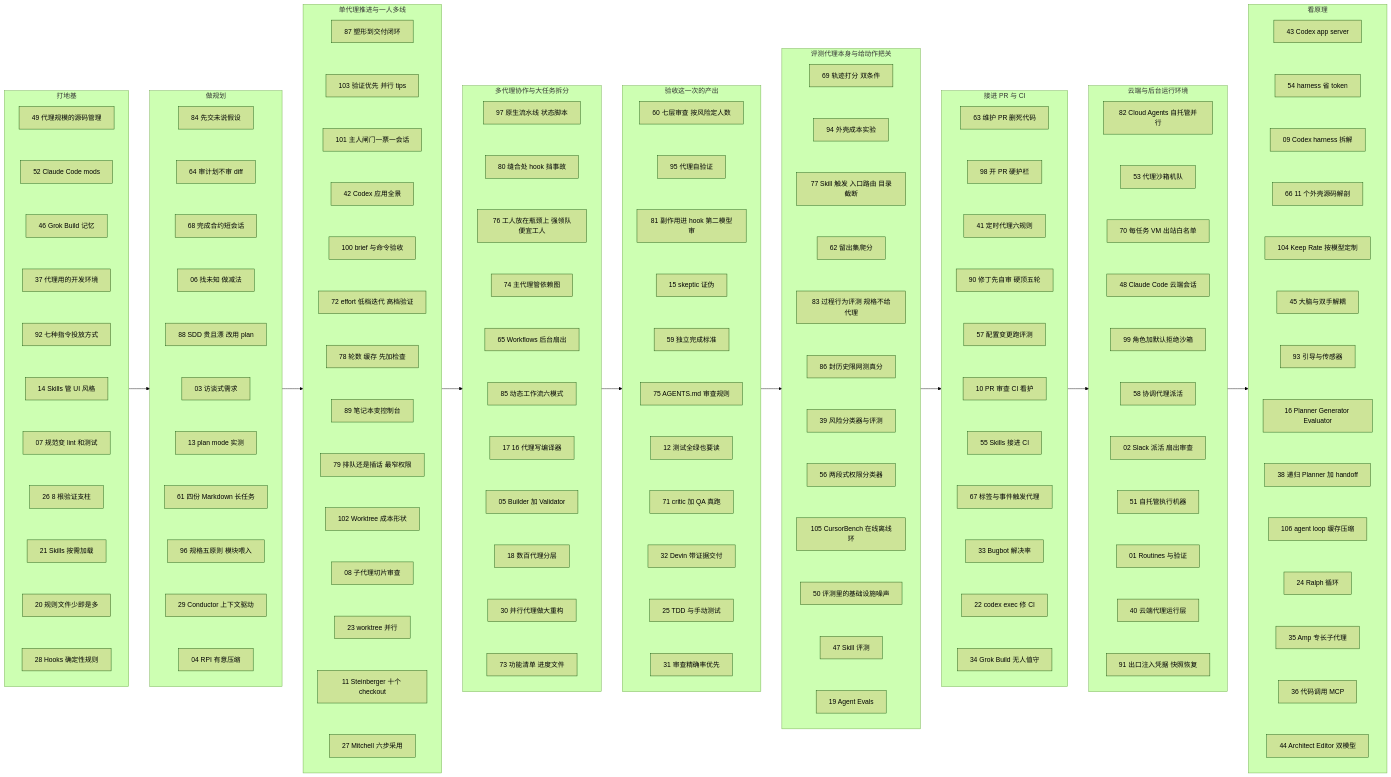
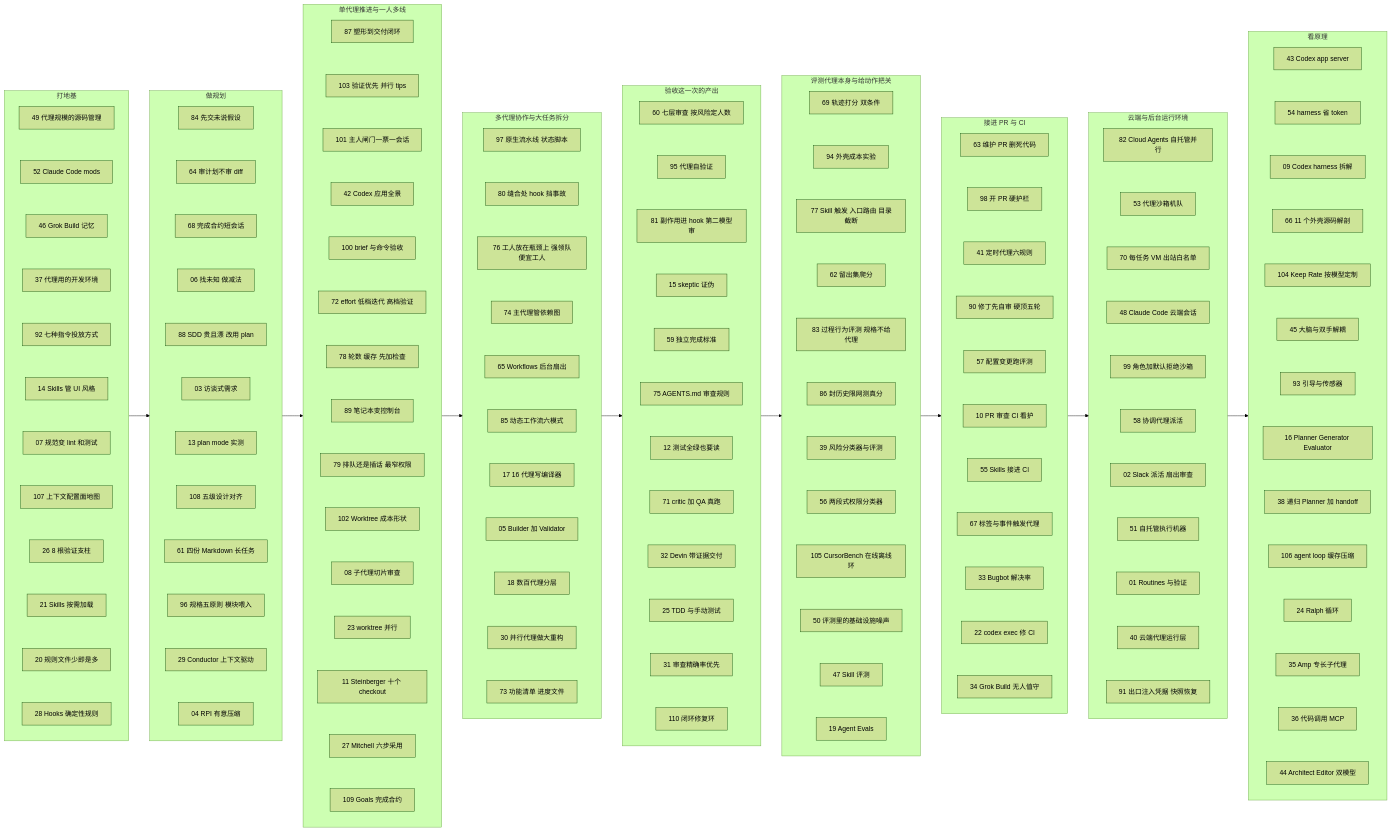
Before and after one commit to yzw7489757/ai-coding-videos: the diagram in docs/index.md, drawn with Mermaid (forest theme). The commit also changed other lines of this file and 17 other files, not shown here.

First line of the commit message:
第十九批收录 #107–#110：配置面地图、五级对齐、Goals、闭环修复环

```diff
--- a/docs/index.md
+++ b/docs/index.md
@@ -123,6 +123,7 @@
     A92["92 七种指令投放方式"]
     A14["14 Skills 管 UI 风格"]
     A07["07 规范变 lint 和测试"]
+    A107["107 上下文配置面地图"]
     A26["26 8 根验证支柱"]
     A21["21 Skills 按需加载"]
     A20["20 规则文件少即是多"]
@@ -133,7 +134,8 @@
     A37 ~~~ A92
     A92 ~~~ A14
     A14 ~~~ A07
-    A07 ~~~ A26
+    A07 ~~~ A107
+    A107 ~~~ A26
     A26 ~~~ A21
     A21 ~~~ A20
     A20 ~~~ A28
@@ -147,6 +149,7 @@
     A88["88 SDD 贵且漂 改用 plan"]
     A03["03 访谈式需求"]
     A13["13 plan mode 实测"]
+    A108["108 五级设计对齐"]
     A61["61 四份 Markdown 长任务"]
     A96["96 规格五原则 模块喂入"]
     A29["29 Conductor 上下文驱动"]
@@ -157,7 +160,8 @@
     A06 ~~~ A88
     A88 ~~~ A03
     A03 ~~~ A13
-    A13 ~~~ A61
+    A13 ~~~ A108
+    A108 ~~~ A61
     A61 ~~~ A96
     A96 ~~~ A29
     A29 ~~~ A04
@@ -178,6 +182,7 @@
     A23["23 worktree 并行"]
     A11["11 Steinberger 十个 checkout"]
     A27["27 Mitchell 六步采用"]
+    A109["109 Goals 完成合约"]
     A87 ~~~ A103
     A103 ~~~ A101
     A101 ~~~ A42
@@ -191,6 +196,7 @@
     A08 ~~~ A23
     A23 ~~~ A11
     A11 ~~~ A27
+    A27 ~~~ A109
   end
   subgraph S4["多代理协作与大任务拆分"]
     direction TB
@@ -229,6 +235,7 @@
     A32["32 Devin 带证据交付"]
     A25["25 TDD 与手动测试"]
     A31["31 审查精确率优先"]
+    A110["110 闭环修复环"]
     A60 ~~~ A95
     A95 ~~~ A81
     A81 ~~~ A15
@@ -239,6 +246,7 @@
     A71 ~~~ A32
     A32 ~~~ A25
     A25 ~~~ A31
+    A31 ~~~ A110
   end
   subgraph S6["评测代理本身与给动作把关"]
     direction TB
```
